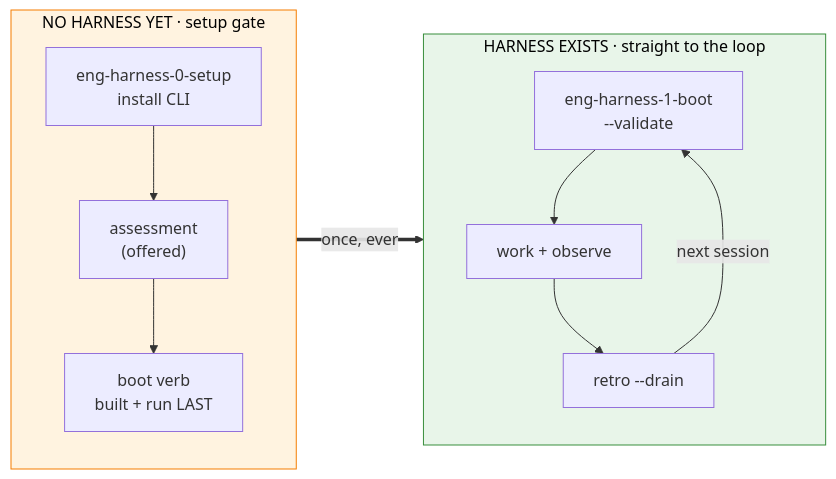
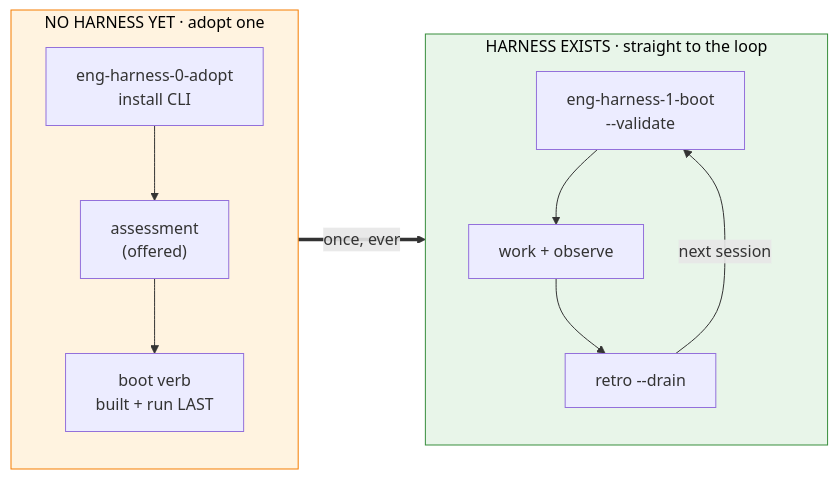
The third of 3 diagrams in skills/eng-harness-loop/eng-harness-flow/references/getting-started.md (AI-Substrate/harness-engineering), drawn with Mermaid before and after one commit. The commit also changed other lines of this file and 17 other files, not shown here.

First line of the commit message:
refactor(skills): rename eng-harness-0-setup to eng-harness-0-adopt — adoption vocabulary

````diff
--- a/skills/eng-harness-loop/eng-harness-flow/references/getting-started.md
+++ b/skills/eng-harness-loop/eng-harness-flow/references/getting-started.md
@@ -117,21 +117,21 @@
 ```mermaid
 flowchart LR
     classDef s fill:#fff3e0,stroke:#f57c00,color:#000
     classDef f fill:#e8f5e9,stroke:#388e3c,color:#000
 
-    subgraph fresh["NO HARNESS YET · setup gate"]
+    subgraph fresh["NO HARNESS YET · adopt one"]
         direction TB
-        N1["eng-harness-0-setup<br/>install CLI"] --> N2["assessment<br/>(offered)"] --> N3["boot verb<br/>built + run LAST"]
+        N1["eng-harness-0-adopt<br/>install CLI"] --> N2["assessment<br/>(offered)"] --> N3["boot verb<br/>built + run LAST"]
     end
 
     subgraph existing["HARNESS EXISTS · straight to the loop"]
         direction TB
         E1["eng-harness-1-boot<br/>--validate"] --> E2["work + observe"] --> E3["retro --drain"]
         E3 -->|next session| E1
     end
 
     fresh ==>|"once, ever"| existing
 
     class fresh s
     class existing f
 ```
````
